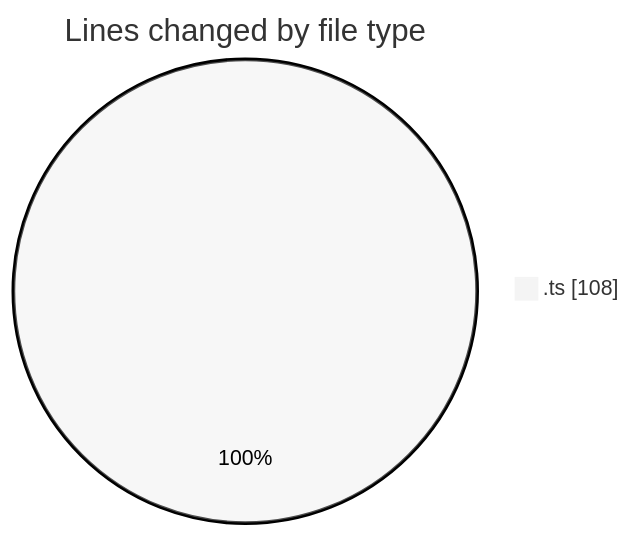
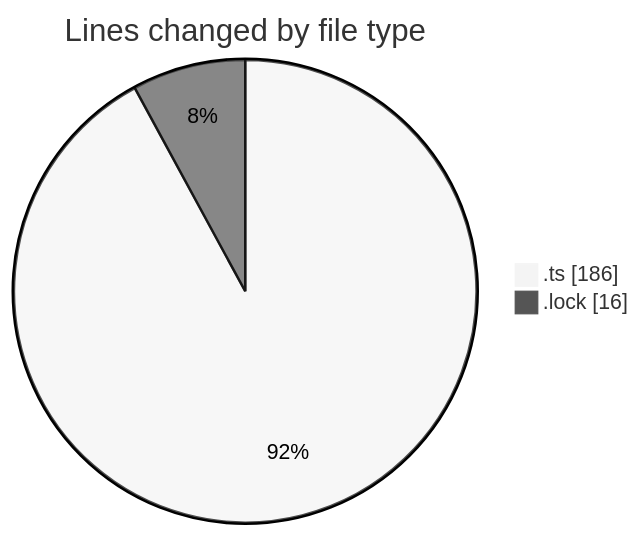
The first of 2 diagrams in 2025-05-30/cda/README.md (momahboobian/code-tracking), drawn with Mermaid (neutral theme) before and after one commit. The commit also changed other lines of this file and 1 other file, not shown here.

````diff
--- a/2025-05-30/cda/README.md
+++ b/2025-05-30/cda/README.md
@@ -21,5 +23,6 @@
 ```mermaid
 pie showData
 title Lines changed by file type
-".ts" : 108
+".ts" : 186
+".lock" : 16
 ```
````
